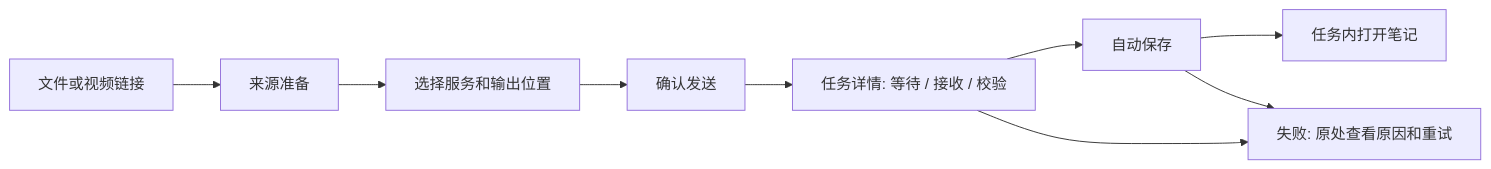
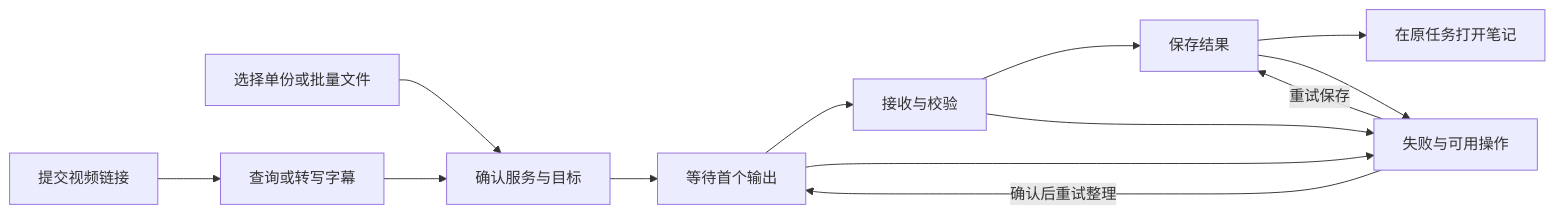
The diagram in docs/第二版AI整理流程.md (yuenanmu/ClipNote), drawn with Mermaid before and after one commit. The commit also changed other lines of this file and 14 other files, not shown here.

````diff
--- a/docs/第二版AI整理流程.md
+++ b/docs/第二版AI整理流程.md
@@ -9,11 +13,15 @@
 ```mermaid
 flowchart LR
-  A[文件或视频链接] --> B[来源准备]
-  B --> C[选择服务和输出位置]
-  C --> D[确认发送]
-  D --> E[任务详情: 等待 / 接收 / 校验]
-  E --> F[自动保存]
-  F --> G[任务内打开笔记]
-  E --> H[失败: 原处查看原因和重试]
-  F --> H
+  F[选择单份或批量文件] --> C[确认服务与目标]
+  V[提交视频链接] --> S[查询或转写字幕]
+  S --> C
+  C --> W[等待首个输出]
+  W --> R[接收与校验]
+  R --> P[保存结果]
+  P --> O[在原任务打开笔记]
+  W --> E[失败与可用操作]
+  R --> E
+  P --> E
+  E -->|重试保存| P
+  E -->|确认后重试整理| W
 ```
````
